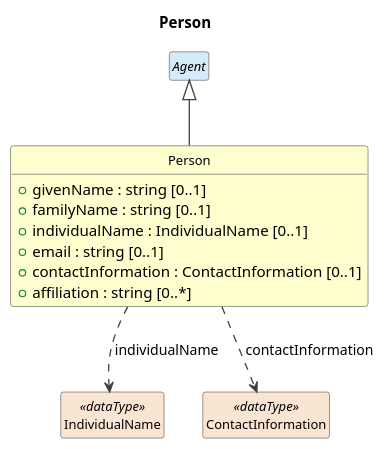
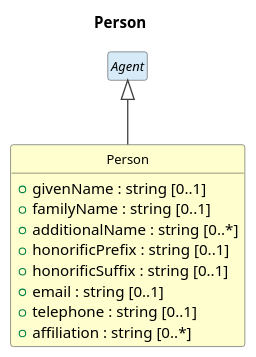
Before and after one commit to Cross-Domain-Interoperability-Framework/metadataBuildingBlocks: the diagram in build/plantuml/cdifCore/Classes/Person.pu, drawn with PlantUML. The commit also changed 108 other files, not shown here.

```diff
--- a/build/plantuml/cdifCore/Classes/Person.pu
+++ b/build/plantuml/cdifCore/Classes/Person.pu
@@ -1,28 +1,26 @@
 @startuml
 title Person
 hide circle
 hide empty members
 skinparam shadowing false
 skinparam ArrowThickness 1.2
 skinparam class {
   ArrowColor #404040
   BorderColor #404040
   FontSize 12
 }
 
 class "Person" as Person #FEFECE {
   +givenName : string [0..1]
   +familyName : string [0..1]
-  +individualName : IndividualName [0..1]
+  +additionalName : string [0..*]
+  +honorificPrefix : string [0..1]
+  +honorificSuffix : string [0..1]
   +email : string [0..1]
-  +contactInformation : ContactInformation [0..1]
+  +telephone : string [0..1]
   +affiliation : string [0..*]
 }
 abstract class "Agent" as Agent #D6EAF8
 Agent <|-- Person
-class "IndividualName" as IndividualName <<dataType>> #FAE5D3
-Person ..> IndividualName : individualName
-class "ContactInformation" as ContactInformation <<dataType>> #FAE5D3
-Person ..> ContactInformation : contactInformation
 
 @enduml
```
